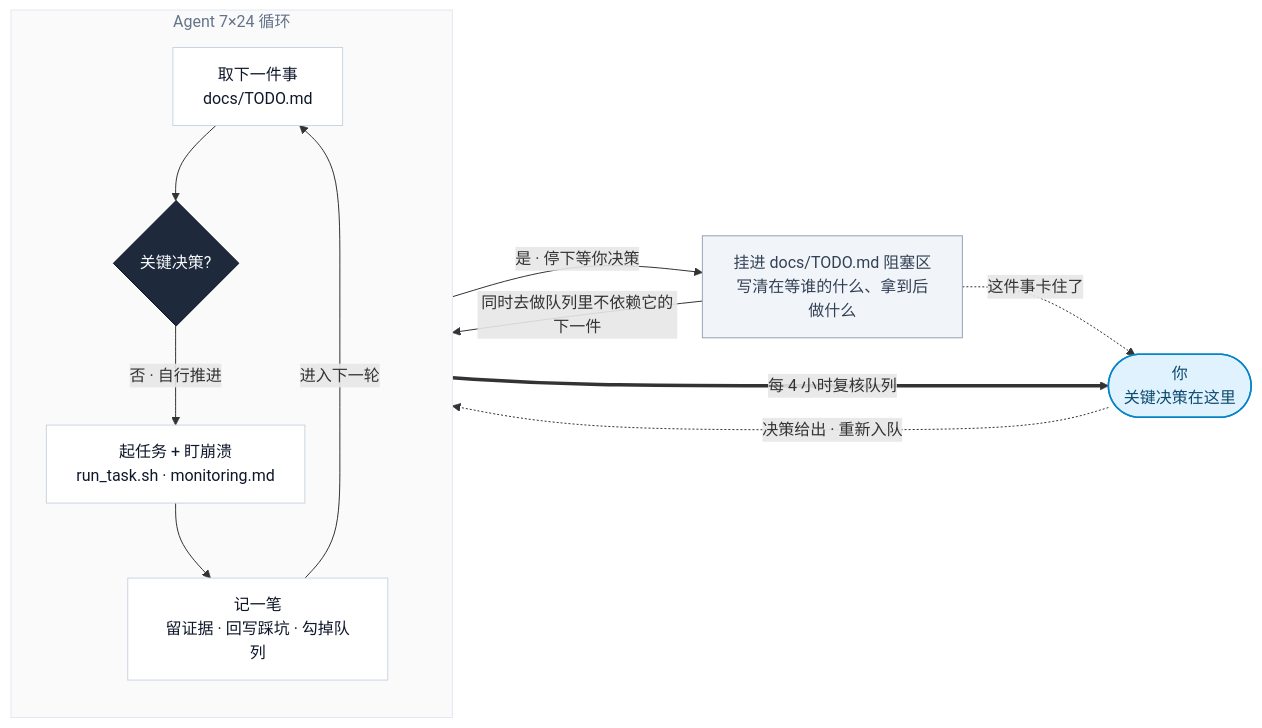
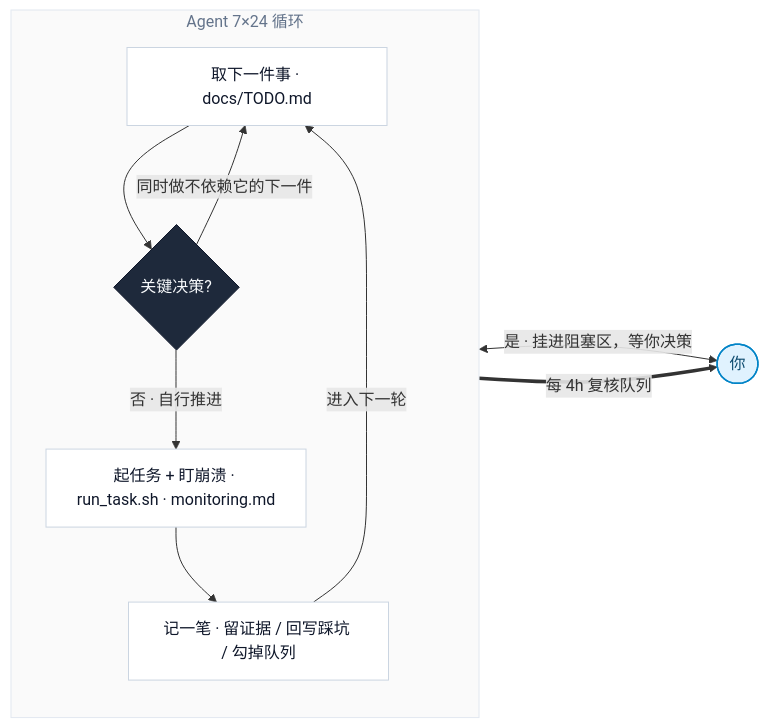
Before and after one commit to hashiruu/agent-experiment: the diagram in README.md, drawn with Mermaid. The commit also changed other lines of this file and 1 other file, not shown here.

Commit message:
Wire the decision edge to you, restore the 25x figure

````diff
--- a/README.md
+++ b/README.md
@@ -23,29 +23,25 @@
 ```mermaid
 flowchart LR
     subgraph LOOP["Agent 7×24 循环"]
         direction TB
-        T1["取下一件事<br/>docs/TODO.md"]
+        T1["取下一件事 · docs/TODO.md"]
         D{"关键决策?"}
-        T2["起任务 + 盯崩溃<br/>run_task.sh · monitoring.md"]
-        T3["记一笔<br/>留证据 · 回写踩坑 · 勾掉队列"]
+        T2["起任务 + 盯崩溃 · run_task.sh · monitoring.md"]
+        T3["记一笔 · 留证据 / 回写踩坑 / 勾掉队列"]
         T1 --> D
         D -->|"否 · 自行推进"| T2
         T2 --> T3
         T3 -->|"进入下一轮"| T1
+        D -->|"同时做不依赖它的下一件"| T1
     end
-    D -->|"是 · 停下等你决策"| W["挂进 docs/TODO.md 阻塞区<br/>写清在等谁的什么、拿到后做什么"]
-    W -->|"同时去做队列里不依赖它的下一件"| T1
-    W -.->|"这件事卡住了"| HU
-    T3 ==>|"每 4 小时复核队列"| HU
-    HU(["你<br/>关键决策在这里"]) -.->|"决策给出 · 重新入队"| T1
+    D <-->|"是 · 挂进阻塞区，等你决策"| HU(["你"])
+    T3 ==>|"每 4h 复核队列"| HU
 
     classDef step fill:#FFFFFF,stroke:#CBD5E1,stroke-width:1px,color:#0F172A
     classDef gate fill:#1E293B,stroke:#0F172A,stroke-width:1px,color:#F8FAFC
-    classDef side fill:#F1F5F9,stroke:#94A3B8,stroke-width:1px,color:#334155
     classDef human fill:#E0F2FE,stroke:#0284C7,stroke-width:1.5px,color:#0C4A6E
     class T1,T2,T3 step
     class D gate
-    class W side
     class HU human
     style LOOP fill:#FAFAFA,stroke:#E2E8F0,color:#64748B
 ```
````
